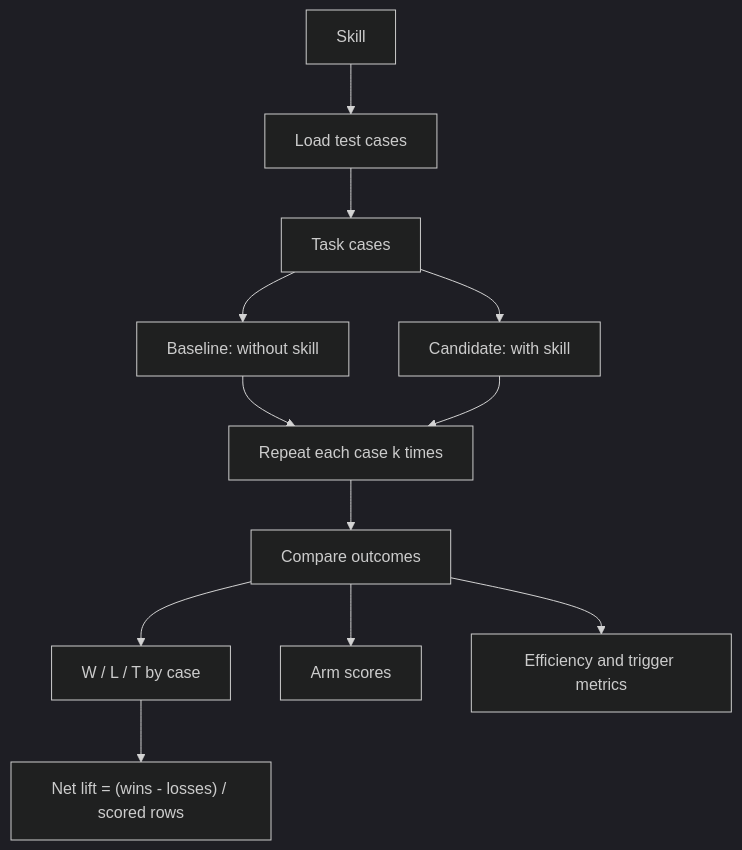
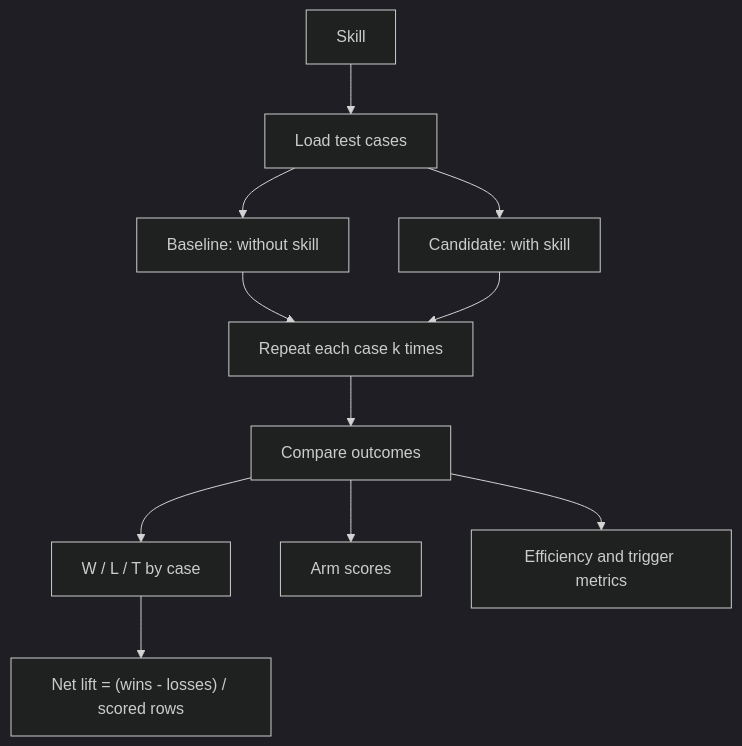
The diagram in README.md (ryanliu-terum/terum-skills), drawn with Mermaid (dark theme) before and after one commit.

Commit message:
Update flowchart in README.md

````diff
--- a/README.md
+++ b/README.md
@@ -88,27 +88,25 @@
 ```mermaid
 
 flowchart TD
 
-    S["Skill"] --> G["Load test cases"]
-
-    G --> C["Task cases"]
+    S["Skill"] --> C["Load test cases"]
 
     C --> B["Baseline: without skill"]
 
     C --> K["Candidate: with skill"]
 
     B --> R["Repeat each case k times"]
 
     K --> R
 
     R --> D["Compare outcomes"]
 
     D --> M["W / L / T by case"]
 
     D --> A["Arm scores"]
 
     D --> E["Efficiency and trigger metrics"]
 
     M --> L["Net lift = (wins - losses) / scored rows"]
 
 ```
````
